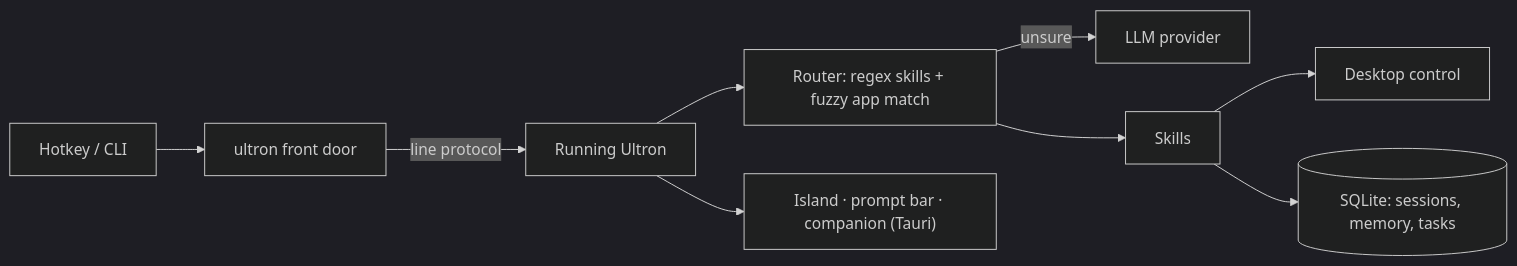
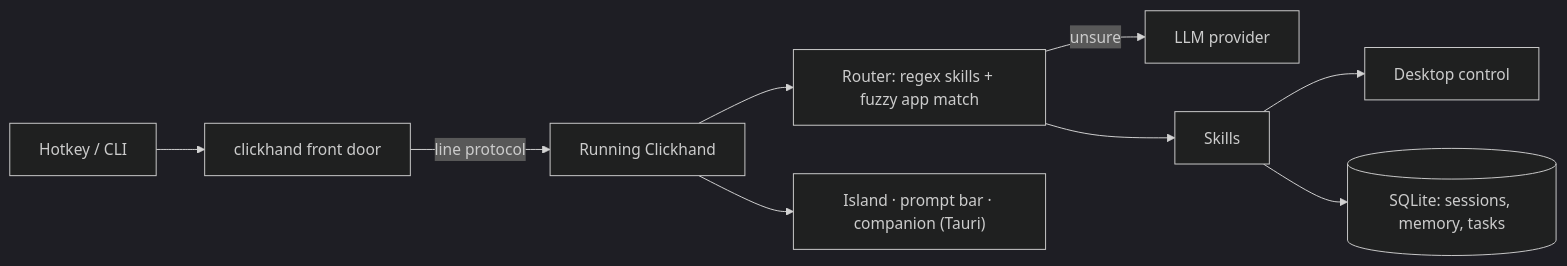
One commit to ultron-hq/clickhand changed the diagram in README.md. Above: the diagram before and after it, drawn with Mermaid (dark theme). The commit also changed other lines of this file and 39 other files, not shown here.

````diff
--- a/README.md
+++ b/README.md
@@ -155,11 +155,11 @@
 ```mermaid
 flowchart LR
-  K["Hotkey / CLI"] --> D["ultron front door"]
-  D -->|line protocol| A["Running Ultron"]
+  K["Hotkey / CLI"] --> D["clickhand front door"]
+  D -->|line protocol| A["Running Clickhand"]
   A --> R["Router: regex skills + fuzzy app match"]
   R -->|unsure| L["LLM provider"]
   R --> S["Skills"]
   S --> C["Desktop control"]
   S --> M[("SQLite: sessions, memory, tasks")]
   A --> U["Island · prompt bar · companion (Tauri)"]
 ```
````
